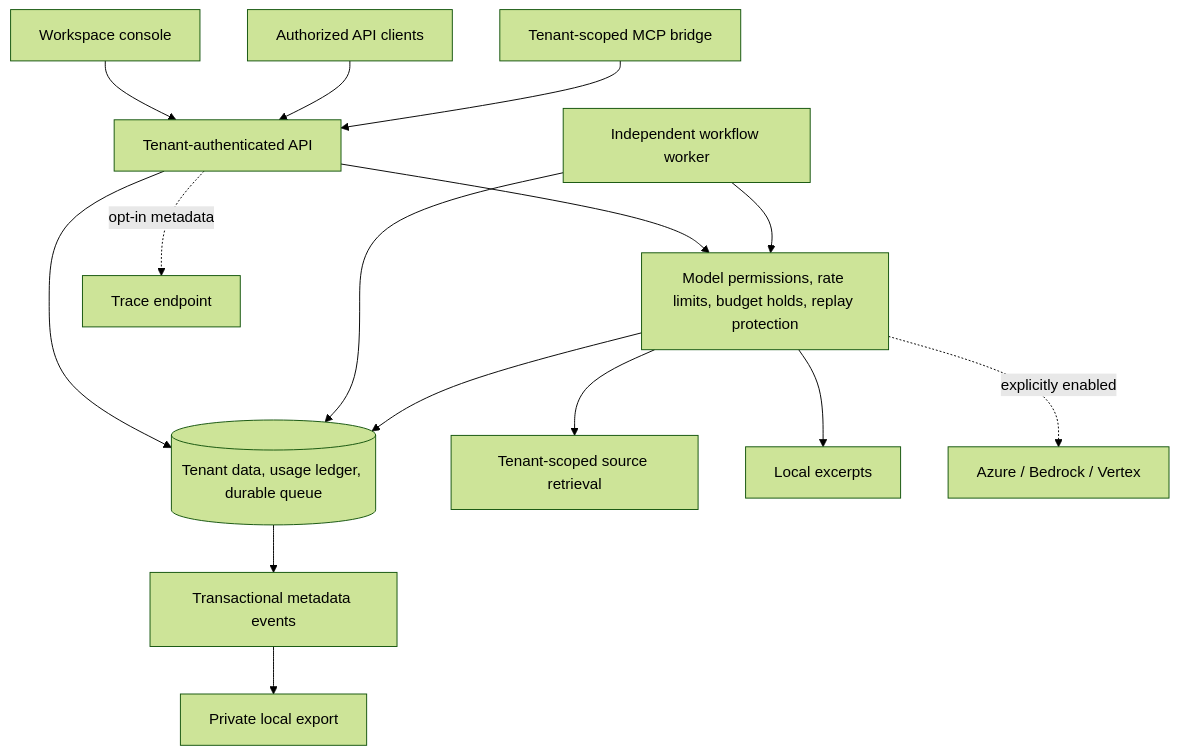
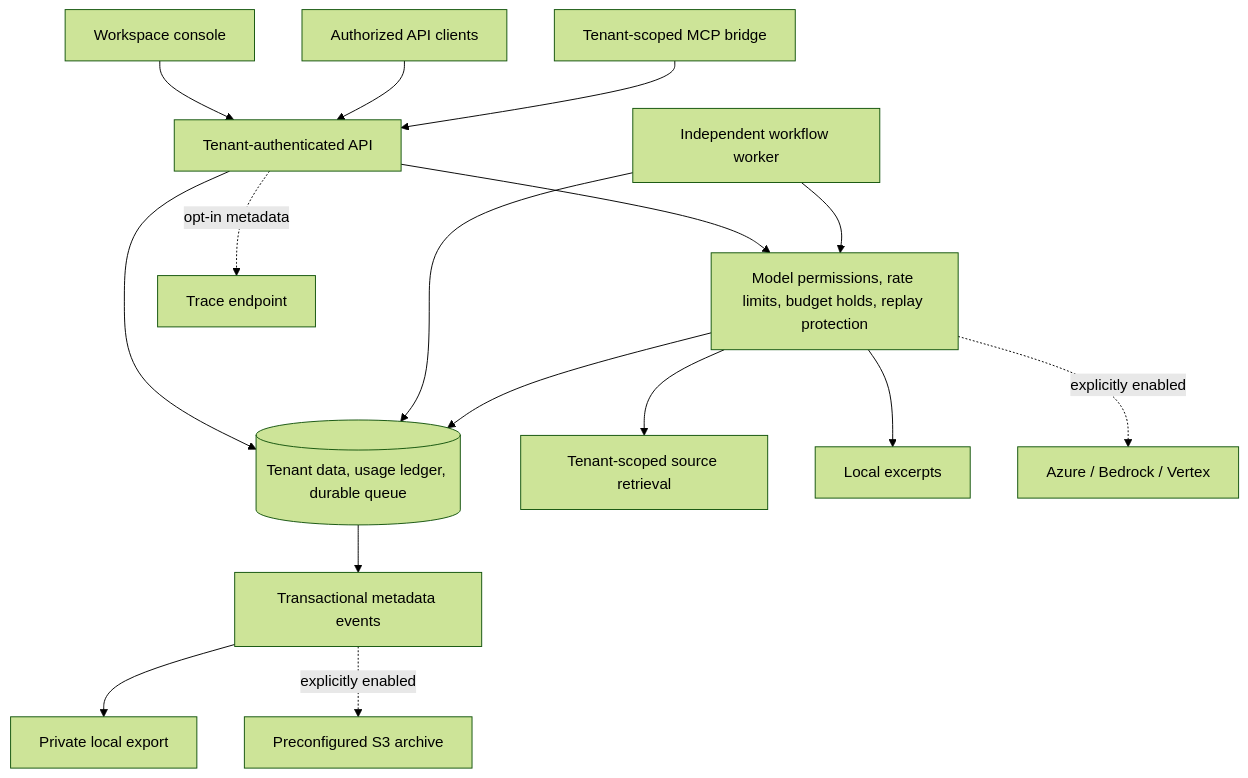
One commit to Zontafor/luxleaf-ai-showcase changed the diagram in docs/ARCHITECTURE.md. Above: the diagram before and after it, drawn with Mermaid (forest theme). The commit also changed other lines of this file and 8 other files, not shown here.

Commit message:
Document v0.3 protocols and all-reference integration roadmap

````diff
--- a/docs/ARCHITECTURE.md
+++ b/docs/ARCHITECTURE.md
@@ -7,17 +7,18 @@
 ```mermaid
 flowchart TD
     UI[Workspace console] --> API[Tenant-authenticated API]
     CLIENT[Authorized API clients] --> API
     MCP[Tenant-scoped MCP bridge] --> API
     API --> GATEWAY[Model permissions, rate limits, budget holds, replay protection]
     API --> DB[(Tenant data, usage ledger, durable queue)]
     WORKER[Independent workflow worker] --> DB
     WORKER --> GATEWAY
     GATEWAY --> RETRIEVAL[Tenant-scoped source retrieval]
     GATEWAY --> LOCAL[Local excerpts]
     GATEWAY -. explicitly enabled .-> CLOUD[Azure / Bedrock / Vertex]
     GATEWAY --> DB
     DB --> EVENTS[Transactional metadata events]
     EVENTS --> EXPORT[Private local export]
+    EVENTS -. explicitly enabled .-> ARCHIVE[Preconfigured S3 archive]
     API -. opt-in metadata .-> TRACE[Trace endpoint]
 ```
````
